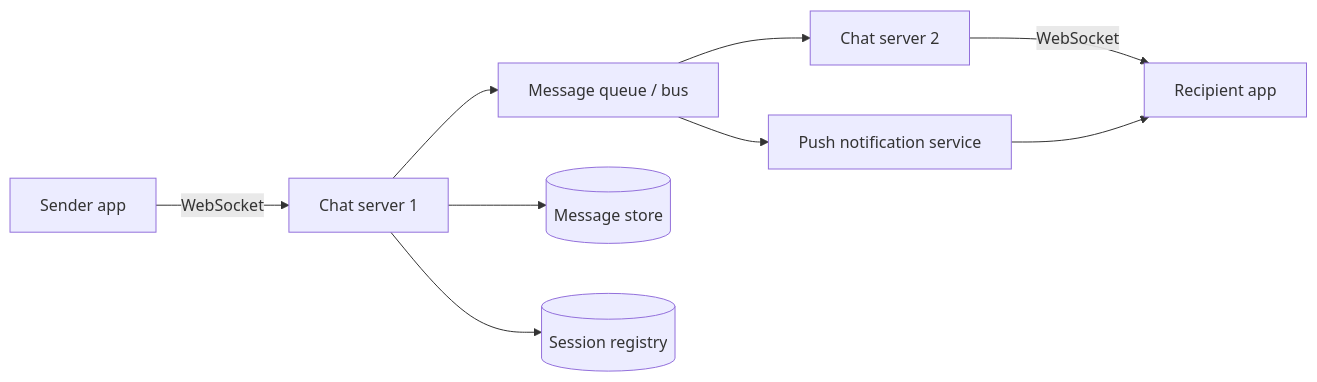
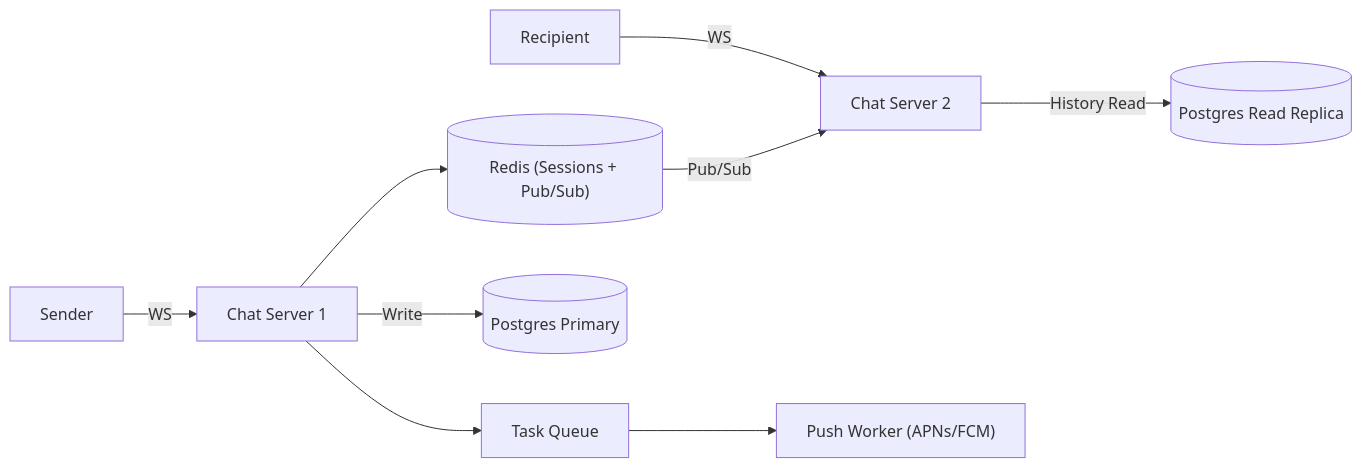
One commit to TapanKumarBarik/Backend-roadmap changed the second of 6 diagrams in content/system-design/22-interview-design-problems/06-chat-application/README.md. Above: the diagram before and after it, drawn with Mermaid. The commit also changed other lines of this file and 37 other files, not shown here.

Commit message:
Upgrade Track 22 (37 interview design problems) with scale-by-scale architecture evolution

````diff
--- a/content/system-design/22-interview-design-problems/06-chat-application/README.md
+++ b/content/system-design/22-interview-design-problems/06-chat-application/README.md
@@ -109,11 +182,10 @@
 ```mermaid
 flowchart LR
-  A["Sender app"] -- WebSocket --> CS1["Chat server 1"]
-  CS1 --> MQ["Message queue / bus"]
-  CS1 --> MS[("Message store")]
-  MQ --> CS2["Chat server 2"]
-  CS2 -- WebSocket --> B["Recipient app"]
-  CS1 --> SR[("Session registry")]
-  MQ --> PN["Push notification service"]
-  PN --> B
+  S["Sender"] -- "WS" --> CS1["Chat Server 1"]
+  R["Recipient"] -- "WS" --> CS2["Chat Server 2"]
+  CS1 --> SR[("Redis (Sessions + Pub/Sub)")]
+  SR -- "Pub/Sub" --> CS2
+  CS1 -- "Write" --> PGP[("Postgres Primary")]
+  CS2 -- "History Read" --> PGR[("Postgres Read Replica")]
+  CS1 --> Q["Task Queue"] --> PN["Push Worker (APNs/FCM)"]
 ```
````
